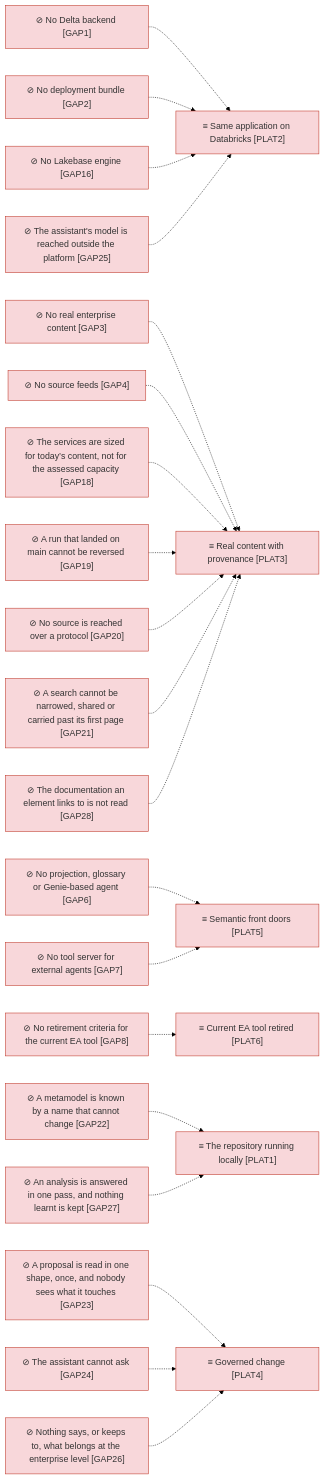
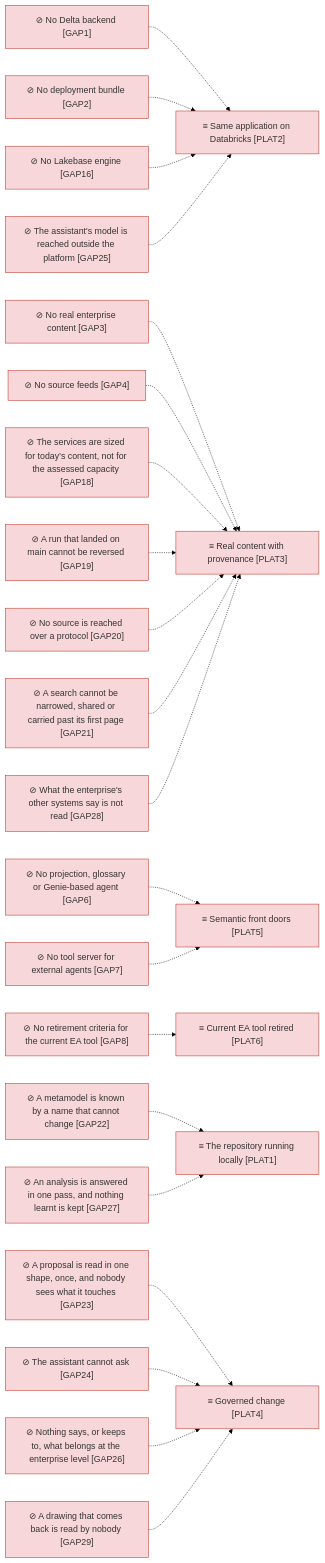
One commit to roanboc/dbx-enterprise-architecture changed the third of 4 diagrams in architecture/6_transition/1_target-state.md. Above: the diagram before and after it, drawn with Mermaid (forest theme). The commit also changed other lines of this file and 9 other files, not shown here.

First line of the commit message:
docs(architecture): initiative 26 drafted for Understanding — drawings returned and the model connected

````diff
--- a/architecture/6_transition/1_target-state.md
+++ b/architecture/6_transition/1_target-state.md
@@ -65,49 +67,51 @@
 ```mermaid
 flowchart LR
   p1["≡ The repository running locally [PLAT1]"]:::implementation
   p2["≡ Same application on Databricks [PLAT2]"]:::implementation
   p3["≡ Real content with provenance [PLAT3]"]:::implementation
   p5["≡ Semantic front doors [PLAT5]"]:::implementation
   p6["≡ Current EA tool retired [PLAT6]"]:::implementation
   g1["⊘ No Delta backend [GAP1]"]:::implementation
   g2["⊘ No deployment bundle [GAP2]"]:::implementation
   g16["⊘ No Lakebase engine [GAP16]"]:::implementation
   g3["⊘ No real enterprise content [GAP3]"]:::implementation
   g4["⊘ No source feeds [GAP4]"]:::implementation
   g6["⊘ No projection, glossary or Genie-based agent [GAP6]"]:::implementation
   g7["⊘ No tool server for external agents [GAP7]"]:::implementation
   g8["⊘ No retirement criteria for the current EA tool [GAP8]"]:::implementation
   g18["⊘ The services are sized for today’s content, not for the assessed capacity [GAP18]"]:::implementation
   g19["⊘ A run that landed on main cannot be reversed [GAP19]"]:::implementation
   g20["⊘ No source is reached over a protocol [GAP20]"]:::implementation
   g21["⊘ A search cannot be narrowed, shared or carried past its first page [GAP21]"]:::implementation
   g22["⊘ A metamodel is known by a name that cannot change [GAP22]"]:::implementation
   g23["⊘ A proposal is read in one shape, once, and nobody sees what it touches [GAP23]"]:::implementation
   g24["⊘ The assistant cannot ask [GAP24]"]:::implementation
   g25["⊘ The assistant's model is reached outside the platform [GAP25]"]:::implementation
   g26["⊘ Nothing says, or keeps to, what belongs at the enterprise level [GAP26]"]:::implementation
   g27["⊘ An analysis is answered in one pass, and nothing learnt is kept [GAP27]"]:::implementation
-  g28["⊘ The documentation an element links to is not read [GAP28]"]:::implementation
+  g28["⊘ What the enterprise's other systems say is not read [GAP28]"]:::implementation
+  g29["⊘ A drawing that comes back is read by nobody [GAP29]"]:::implementation
   p4["≡ Governed change [PLAT4]"]:::implementation
   g1 -.-> p2
   g2 -.-> p2
   g16 -.-> p2
   g3 -.-> p3
   g4 -.-> p3
   g6 -.-> p5
   g7 -.-> p5
   g8 -.-> p6
   g18 -.-> p3
   g19 -.-> p3
   g20 -.-> p3
   g21 -.-> p3
   g22 -.-> p1
   g23 -.-> p4
   g24 -.-> p4
   g25 -.-> p2
   g26 -.-> p4
   g27 -.-> p1
   g28 -.-> p3
+  g29 -.-> p4
 
   classDef implementation fill:#f8d7da,stroke:#c0392b,color:#333
 ```
````
